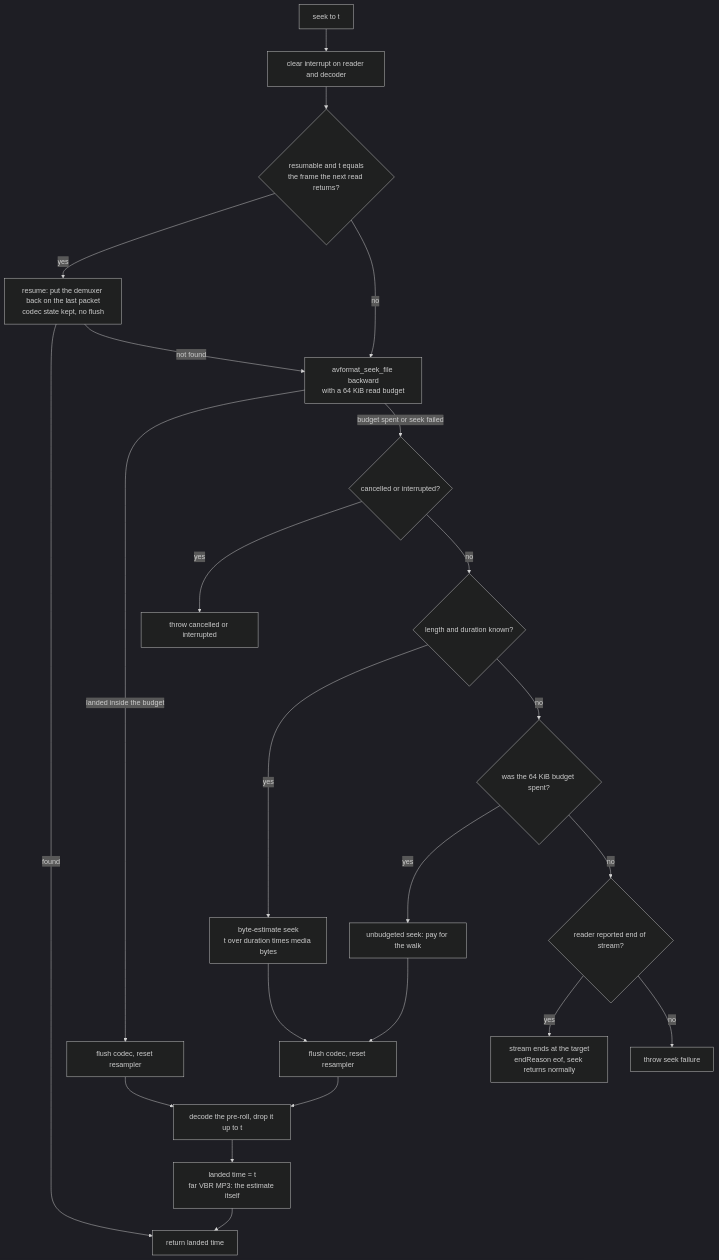
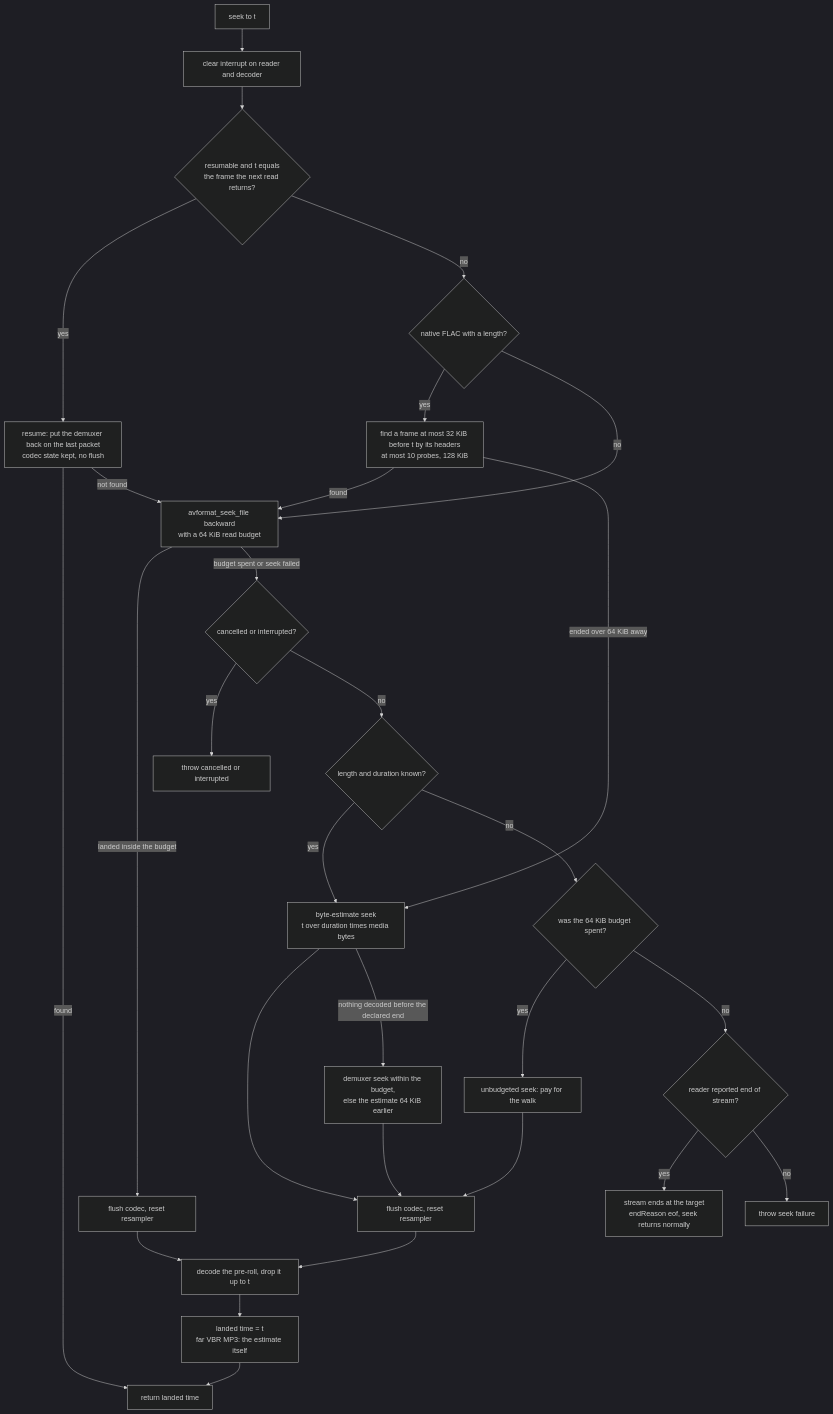
The fourth of 8 diagrams in docs/architecture.md (timusus/shuttle-playback), drawn with Mermaid (dark theme) before and after one commit. The commit also changed other lines of this file and 2 other files, not shown here.

Commit message:
docs: FLAC seeks by its frame headers and lands exactly, the #28 retry is bounded, and the flac_stereo exception is gone (#38)

````diff
--- a/docs/architecture.md
+++ b/docs/architecture.md
@@ -156,25 +156,31 @@
 ```mermaid
 flowchart TD
     S["seek to t"] --> CL["clear interrupt on reader and decoder"]
     CL --> RS{"resumable and t equals<br/>the frame the next read returns?"}
     RS -- yes --> RE["resume: put the demuxer back on the last packet<br/>codec state kept, no flush"]
     RE -->|found| DONE
     RE -->|not found| TR
-    RS -- no --> TR["avformat_seek_file backward<br/>with a 64 KiB read budget"]
+    RS -- no --> FS{"native FLAC with a length?"}
+    FS -- yes --> FX["find a frame at most 32 KiB before t by its headers<br/>at most 10 probes, 128 KiB"]
+    FX -->|found| TR
+    FX -->|ended over 64 KiB away| BYTE
+    FS -- no --> TR["avformat_seek_file backward<br/>with a 64 KiB read budget"]
     TR -->|landed inside the budget| FL["flush codec, reset resampler"]
     TR -->|budget spent or seek failed| INT{"cancelled or interrupted?"}
     INT -- yes --> STOP["throw cancelled or interrupted"]
     INT -- no --> EST{"length and duration known?"}
     EST -- yes --> BYTE["byte-estimate seek<br/>t over duration times media bytes"]
     EST -- no --> BL{"was the 64 KiB budget spent?"}
     BL -- yes --> WALK["unbudgeted seek: pay for the walk"]
     BL -- no --> EOFQ{"reader reported end of stream?"}
     EOFQ -- yes --> EOFX["stream ends at the target<br/>endReason eof, seek returns normally"]
     EOFQ -- no --> ERR["throw seek failure"]
     BYTE --> FL2["flush codec, reset resampler"]
+    BYTE -->|nothing decoded before the declared end| BACK["demuxer seek within the budget,<br/>else the estimate 64 KiB earlier"]
+    BACK --> FL2
     WALK --> FL2
     FL --> PUMP["decode the pre-roll, drop it up to t"]
     FL2 --> PUMP
     PUMP --> LAND["landed time = t<br/>far VBR MP3: the estimate itself"]
     LAND --> DONE["return landed time"]
 ```
````
